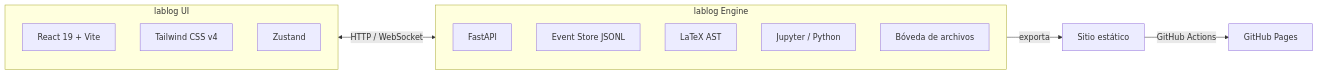
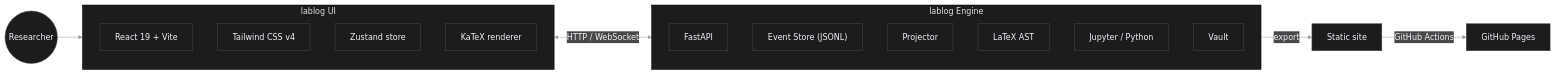
The diagram in README.md (kegouro/lablog), drawn with Mermaid before and after one commit. The commit also changed other lines of this file and 1 other file, not shown here.

````diff
--- a/README.md
+++ b/README.md
@@ -74,22 +122,27 @@
 ```mermaid
+%%{init: { 'theme': 'base', 'themeVariables': { 'primaryColor':'#1C1C1E', 'primaryTextColor':'#F2F2F7', 'primaryBorderColor':'#48484A', 'lineColor':'#A1A1A6', 'secondaryColor':'#48484A', 'tertiaryColor':'#1C1C1E' }}}%%
 flowchart LR
-    subgraph UI["lablog UI"]
+    subgraph UI[lablog UI]
         direction TB
         React["React 19 + Vite"]
         Tailwind["Tailwind CSS v4"]
-        Zustand["Zustand"]
+        Zustand["Zustand store"]
+        KaTeX["KaTeX renderer"]
     end
 
-    subgraph Engine["lablog Engine"]
+    subgraph Engine[lablog Engine]
         direction TB
         FastAPI["FastAPI"]
-        Events["Event Store JSONL"]
+        Events["Event Store (JSONL)"]
+        Projector["Projector"]
         AST["LaTeX AST"]
         Jupyter["Jupyter / Python"]
-        Vault["Bóveda de archivos"]
+        Vault["Vault"]
     end
 
+    User((Researcher))
+    User --> UI
     UI <-->|HTTP / WebSocket| Engine
-    Engine -->|exporta| Site["Sitio estático"]
+    Engine -->|export| Site["Static site"]
     Site -->|GitHub Actions| Pages["GitHub Pages"]
 ```
````
